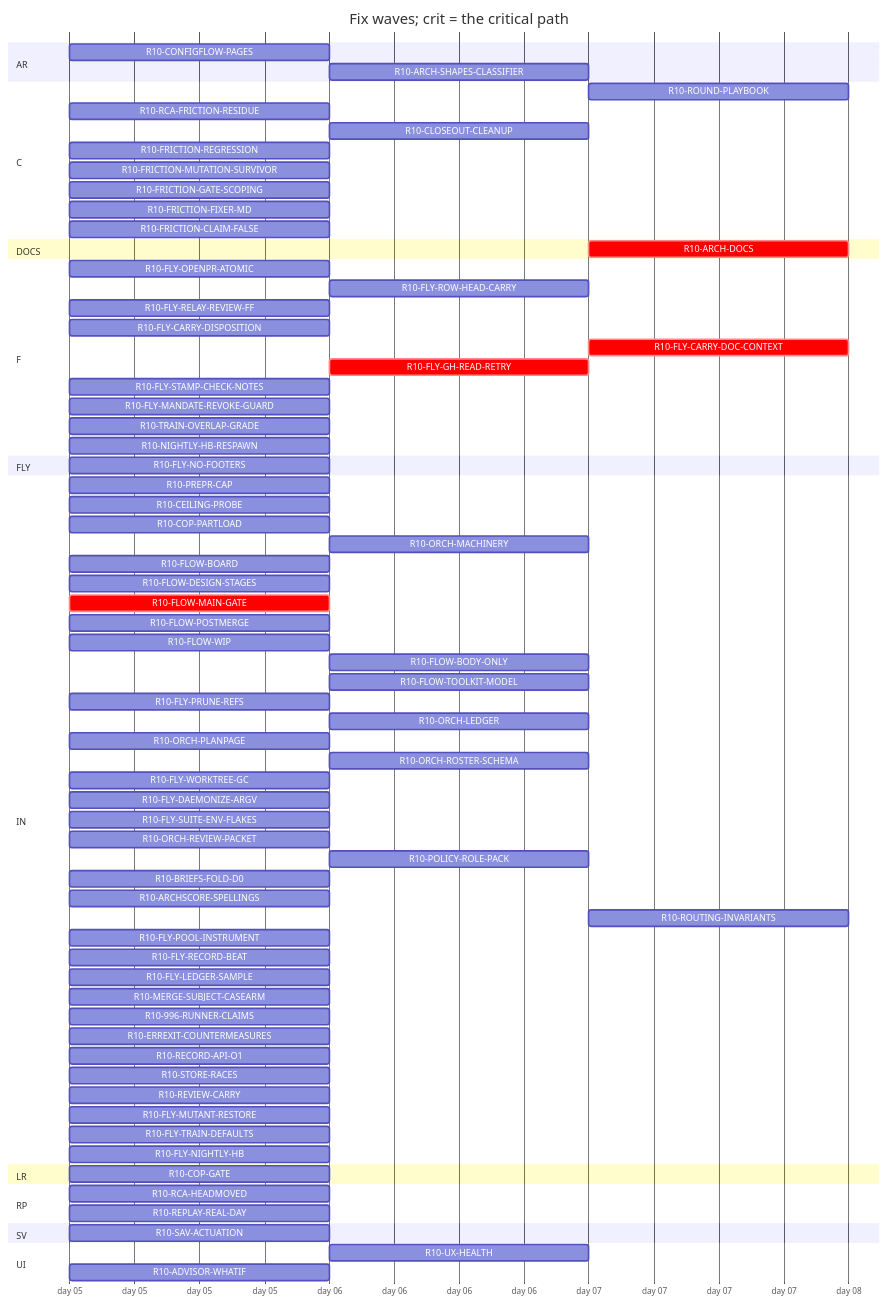
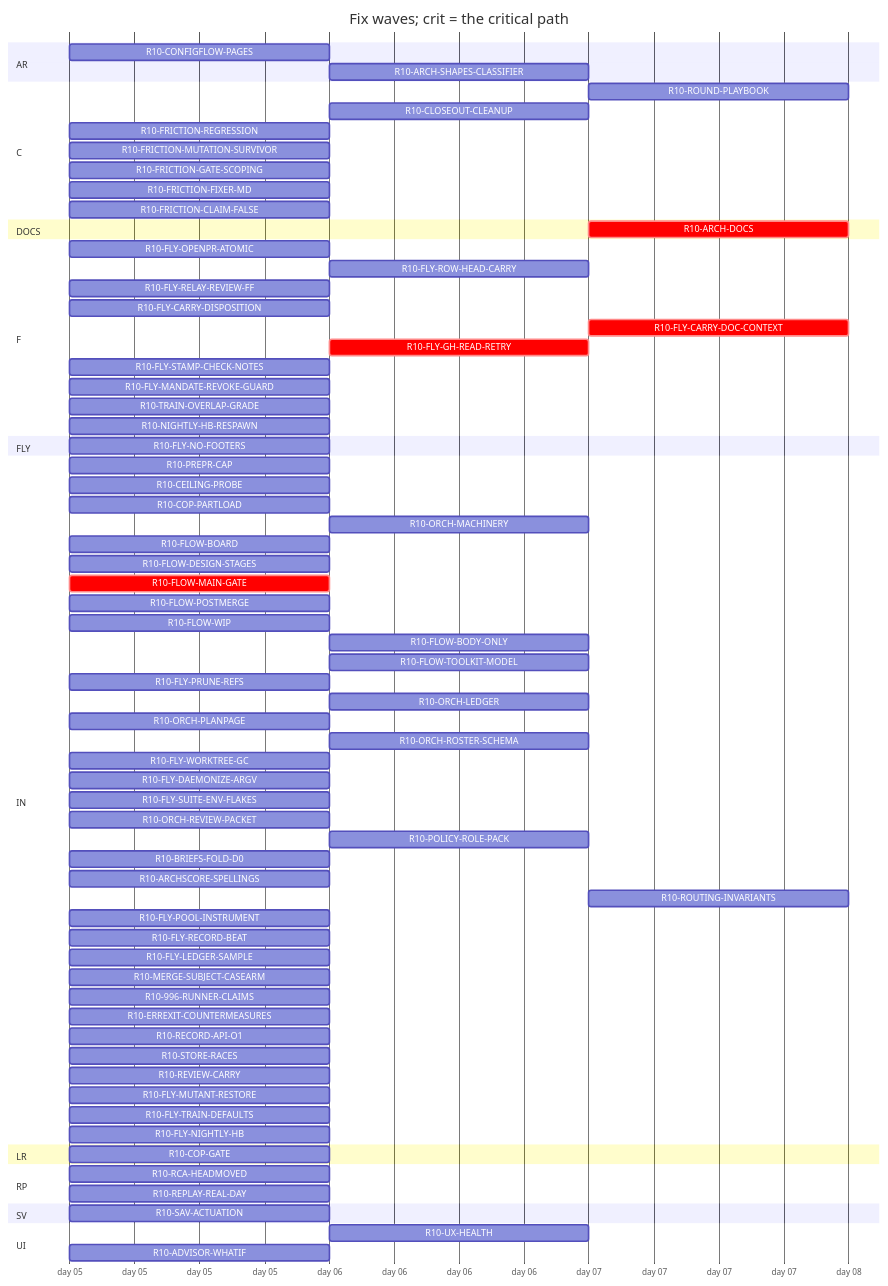
The diagram in handoff/round10/state/PLAN-TABLE.md (tvofi/heatpump_optimizer), drawn with Mermaid before and after one commit. The commit also changed other lines of this file and 3 other files, not shown here.

Commit message:
state: FLOW-BOARD.md, NEXT-SESSION-PROMPT.md, PLAN-TABLE.md, RESUME-CURRENT.md regenerated (state_docs.py)

````diff
--- a/handoff/round10/state/PLAN-TABLE.md
+++ b/handoff/round10/state/PLAN-TABLE.md
@@ -23,79 +23,78 @@
 ```mermaid
 gantt
   title Fix waves; crit = the critical path
   dateFormat YYYY-MM-DD
   axisFormat day %d
   section AR
     R10-CONFIGFLOW-PAGES :r10CONFIGFLOWPAGES, 2026-01-05, 1d
     R10-ARCH-SHAPES-CLASSIFIER :r10ARCHSHAPESCLASSIFIER, after r10996RUNNERCLAIMS, 1d
   section C
     R10-ROUND-PLAYBOOK :r10ROUNDPLAYBOOK, after r10ORCHLEDGER r10ORCHPLANPAGE r10FLOWMAINGATE r10FLYRELAYREVIEWFF r10FLOWBODYONLY, 1d
-    R10-RCA-FRICTION-RESIDUE :r10RCAFRICTIONRESIDUE, 2026-01-05, 1d
     R10-CLOSEOUT-CLEANUP :r10CLOSEOUTCLEANUP, after r10FLYPRUNEREFS r10FLYWORKTREEGC, 1d
     R10-FRICTION-REGRESSION :r10FRICTIONREGRESSION, 2026-01-05, 1d
     R10-FRICTION-MUTATION-SURVIVOR :r10FRICTIONMUTATIONSURVIVOR, 2026-01-05, 1d
     R10-FRICTION-GATE-SCOPING :r10FRICTIONGATESCOPING, 2026-01-05, 1d
     R10-FRICTION-FIXER-MD :r10FRICTIONFIXERMD, 2026-01-05, 1d
     R10-FRICTION-CLAIM-FALSE :r10FRICTIONCLAIMFALSE, 2026-01-05, 1d
   section DOCS
-    R10-ARCH-DOCS :crit, r10ARCHDOCS, after r10COPGATE r10UXHEALTH r10CONFIGFLOWPAGES r10RCAHEADMOVED r10CEILINGPROBE r10COPPARTLOAD r10FLOWBOARD r10FLOWDESIGNSTAGES r10FLOWPOSTMERGE r10FLOWWIP r10FLOWBODYONLY r10FLYOPENPRATOMIC r10FLYROWHEADCARRY r10FLYRELAYREVIEWFF r10FLYCARRYDISPOSITION r10FLYCARRYDOCCONTEXT r10FLOWTOOLKITMODEL r10FLYSTAMPCHECKNOTES r10FLYMANDATEREVOKEGUARD r10RCAFRICTIONRESIDUE r10TRAINOVERLAPGRADE r10NIGHTLYHBRESPAWN r10FLYPRUNEREFS r10ORCHLEDGER r10ORCHPLANPAGE r10ORCHROSTERSCHEMA r10FLYWORKTREEGC r10FLYDAEMONIZEARGV r10ORCHREVIEWPACKET r10POLICYROLEPACK r10BRIEFSFOLDD0 r10REPLAYREALDAY r10ARCHSCORESPELLINGS r10SAVACTUATION r10FLYLEDGERSAMPLE, 1d
+    R10-ARCH-DOCS :crit, r10ARCHDOCS, after r10COPGATE r10UXHEALTH r10CONFIGFLOWPAGES r10RCAHEADMOVED r10CEILINGPROBE r10COPPARTLOAD r10FLOWBOARD r10FLOWDESIGNSTAGES r10FLOWPOSTMERGE r10FLOWWIP r10FLOWBODYONLY r10FLYOPENPRATOMIC r10FLYROWHEADCARRY r10FLYRELAYREVIEWFF r10FLYCARRYDISPOSITION r10FLYCARRYDOCCONTEXT r10FLOWTOOLKITMODEL r10FLYSTAMPCHECKNOTES r10FLYMANDATEREVOKEGUARD r10TRAINOVERLAPGRADE r10NIGHTLYHBRESPAWN r10FLYPRUNEREFS r10ORCHLEDGER r10ORCHPLANPAGE r10ORCHROSTERSCHEMA r10FLYWORKTREEGC r10FLYDAEMONIZEARGV r10ORCHREVIEWPACKET r10POLICYROLEPACK r10BRIEFSFOLDD0 r10REPLAYREALDAY r10ARCHSCORESPELLINGS r10SAVACTUATION r10FLYLEDGERSAMPLE, 1d
   section F
     R10-FLY-OPENPR-ATOMIC :r10FLYOPENPRATOMIC, 2026-01-05, 1d
     R10-FLY-ROW-HEAD-CARRY :r10FLYROWHEADCARRY, after r10FLYOPENPRATOMIC, 1d
     R10-FLY-RELAY-REVIEW-FF :r10FLYRELAYREVIEWFF, 2026-01-05, 1d
     R10-FLY-CARRY-DISPOSITION :r10FLYCARRYDISPOSITION, 2026-01-05, 1d
     R10-FLY-CARRY-DOC-CONTEXT :crit, r10FLYCARRYDOCCONTEXT, after r10FLYGHREADRETRY, 1d
     R10-FLY-GH-READ-RETRY :crit, r10FLYGHREADRETRY, after r10FLOWMAINGATE, 1d
     R10-FLY-STAMP-CHECK-NOTES :r10FLYSTAMPCHECKNOTES, 2026-01-05, 1d
     R10-FLY-MANDATE-REVOKE-GUARD :r10FLYMANDATEREVOKEGUARD, 2026-01-05, 1d
     R10-TRAIN-OVERLAP-GRADE :r10TRAINOVERLAPGRADE, 2026-01-05, 1d
     R10-NIGHTLY-HB-RESPAWN :r10NIGHTLYHBRESPAWN, 2026-01-05, 1d
   section FLY
     R10-FLY-NO-FOOTERS :r10FLYNOFOOTERS, 2026-01-05, 1d
   section IN
     R10-PREPR-CAP :r10PREPRCAP, 2026-01-05, 1d
     R10-CEILING-PROBE :r10CEILINGPROBE, 2026-01-05, 1d
     R10-COP-PARTLOAD :r10COPPARTLOAD, 2026-01-05, 1d
     R10-ORCH-MACHINERY :r10ORCHMACHINERY, after r10FLOWMAINGATE, 1d
     R10-FLOW-BOARD :r10FLOWBOARD, 2026-01-05, 1d
     R10-FLOW-DESIGN-STAGES :r10FLOWDESIGNSTAGES, 2026-01-05, 1d
     R10-FLOW-MAIN-GATE :crit, r10FLOWMAINGATE, 2026-01-05, 1d
     R10-FLOW-POSTMERGE :r10FLOWPOSTMERGE, 2026-01-05, 1d
     R10-FLOW-WIP :r10FLOWWIP, 2026-01-05, 1d
     R10-FLOW-BODY-ONLY :r10FLOWBODYONLY, after r10FLYOPENPRATOMIC, 1d
     R10-FLOW-TOOLKIT-MODEL :r10FLOWTOOLKITMODEL, after r10ORCHPLANPAGE, 1d
     R10-FLY-PRUNE-REFS :r10FLYPRUNEREFS, 2026-01-05, 1d
     R10-ORCH-LEDGER :r10ORCHLEDGER, after r10FLOWMAINGATE, 1d
     R10-ORCH-PLANPAGE :r10ORCHPLANPAGE, 2026-01-05, 1d
     R10-ORCH-ROSTER-SCHEMA :r10ORCHROSTERSCHEMA, after r10FLOWMAINGATE, 1d
     R10-FLY-WORKTREE-GC :r10FLYWORKTREEGC, 2026-01-05, 1d
     R10-FLY-DAEMONIZE-ARGV :r10FLYDAEMONIZEARGV, 2026-01-05, 1d
     R10-FLY-SUITE-ENV-FLAKES :r10FLYSUITEENVFLAKES, 2026-01-05, 1d
     R10-ORCH-REVIEW-PACKET :r10ORCHREVIEWPACKET, 2026-01-05, 1d
     R10-POLICY-ROLE-PACK :r10POLICYROLEPACK, after r10FLOWDESIGNSTAGES, 1d
     R10-BRIEFS-FOLD-D0 :r10BRIEFSFOLDD0, 2026-01-05, 1d
     R10-ARCHSCORE-SPELLINGS :r10ARCHSCORESPELLINGS, 2026-01-05, 1d
     R10-ROUTING-INVARIANTS :r10ROUTINGINVARIANTS, after r10ORCHROSTERSCHEMA, 1d
     R10-FLY-POOL-INSTRUMENT :r10FLYPOOLINSTRUMENT, 2026-01-05, 1d
     R10-FLY-RECORD-BEAT :r10FLYRECORDBEAT, 2026-01-05, 1d
     R10-FLY-LEDGER-SAMPLE :r10FLYLEDGERSAMPLE, 2026-01-05, 1d
     R10-MERGE-SUBJECT-CASEARM :r10MERGESUBJECTCASEARM, 2026-01-05, 1d
     R10-996-RUNNER-CLAIMS :r10996RUNNERCLAIMS, 2026-01-05, 1d
     R10-ERREXIT-COUNTERMEASURES :r10ERREXITCOUNTERMEASURES, 2026-01-05, 1d
     R10-RECORD-API-O1 :r10RECORDAPIO1, 2026-01-05, 1d
     R10-STORE-RACES :r10STORERACES, 2026-01-05, 1d
     R10-REVIEW-CARRY :r10REVIEWCARRY, 2026-01-05, 1d
     R10-FLY-MUTANT-RESTORE :r10FLYMUTANTRESTORE, 2026-01-05, 1d
     R10-FLY-TRAIN-DEFAULTS :r10FLYTRAINDEFAULTS, 2026-01-05, 1d
     R10-FLY-NIGHTLY-HB :r10FLYNIGHTLYHB, 2026-01-05, 1d
   section LR
     R10-COP-GATE :r10COPGATE, 2026-01-05, 1d
   section RP
     R10-RCA-HEADMOVED :r10RCAHEADMOVED, 2026-01-05, 1d
     R10-REPLAY-REAL-DAY :r10REPLAYREALDAY, 2026-01-05, 1d
   section SV
     R10-SAV-ACTUATION :r10SAVACTUATION, 2026-01-05, 1d
   section UI
     R10-UX-HEALTH :r10UXHEALTH, after r10COPGATE, 1d
     R10-ADVISOR-WHATIF :r10ADVISORWHATIF, 2026-01-05, 1d
 ```
````
